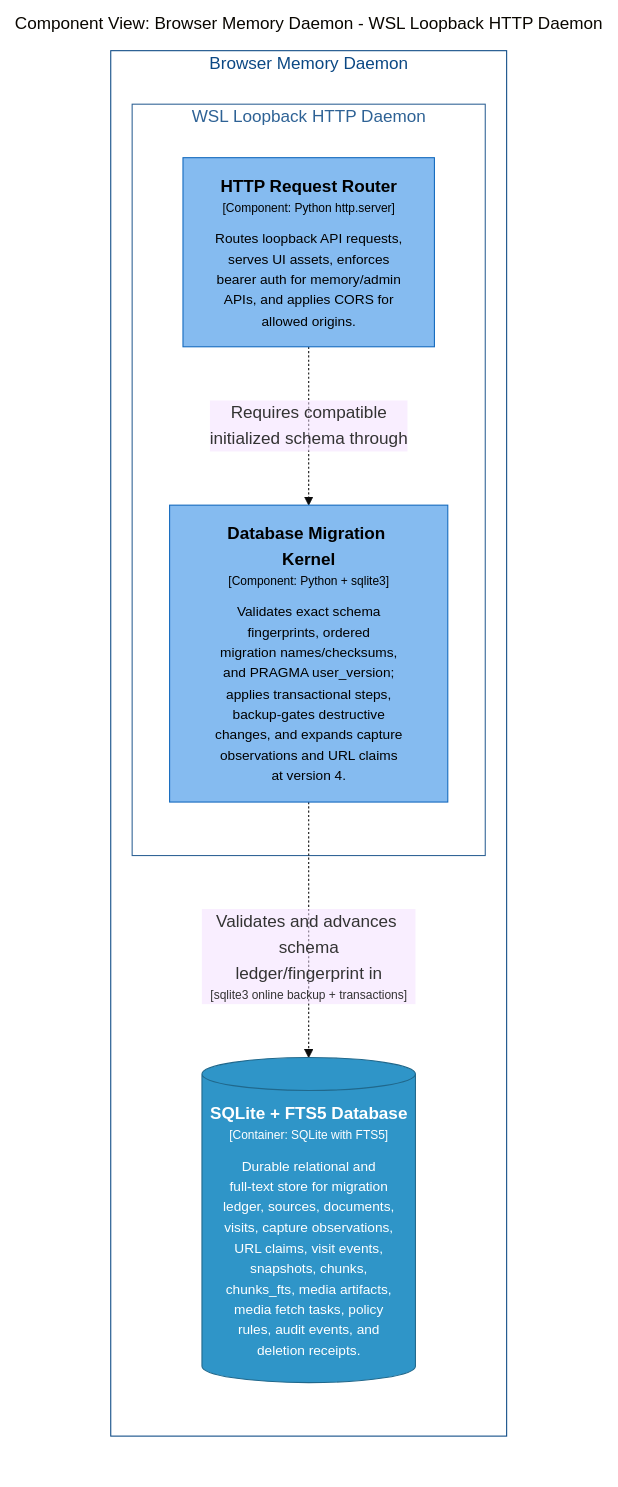
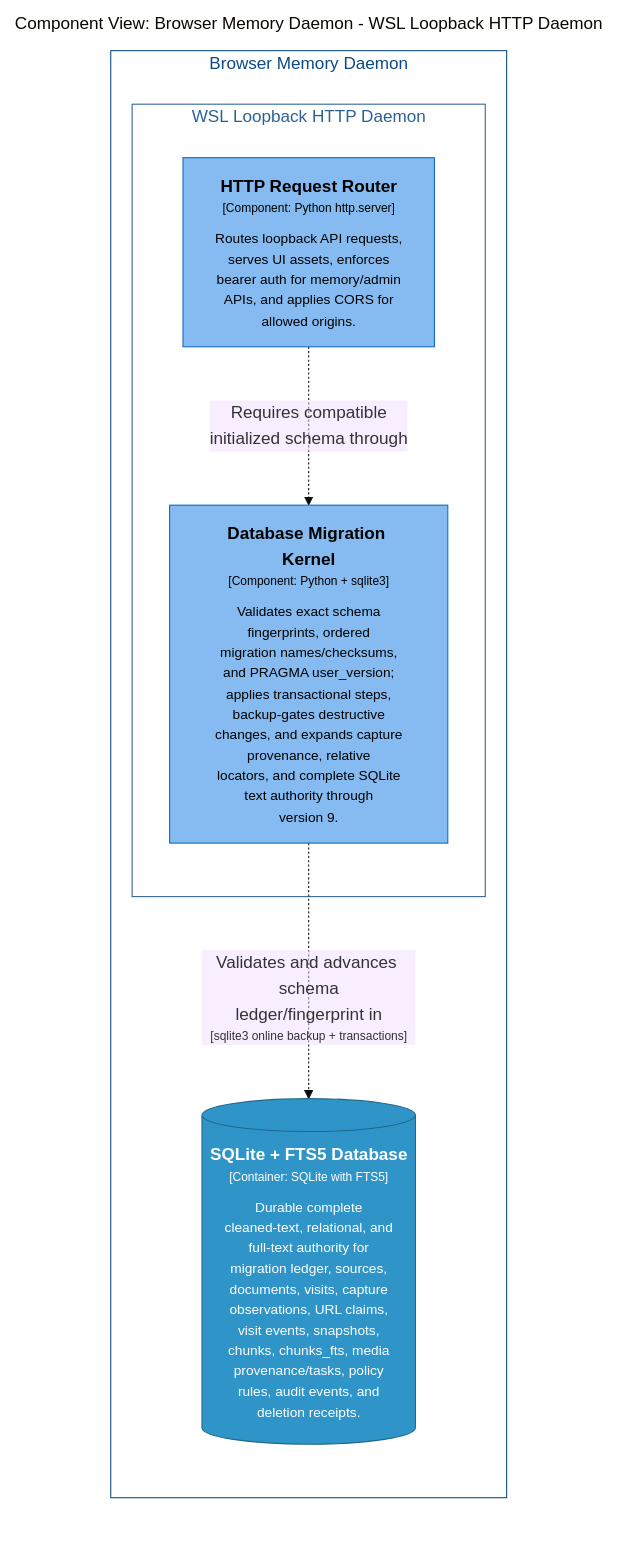
Before and after one commit to michaelnicks0/browser-memory-daemon: the diagram in docs/architecture/diagrams/markdown/DaemonMigrationComponents.md, drawn with Mermaid (base theme). The commit also changed 196 other files, not shown here.

Commit message:
feat(storage): make SQLite authoritative for snapshot text

````diff
--- a/docs/architecture/diagrams/markdown/DaemonMigrationComponents.md
+++ b/docs/architecture/diagrams/markdown/DaemonMigrationComponents.md
@@ -16,28 +16,28 @@
 ```mermaid
 graph LR
   linkStyle default fill:#ffffff
 
   subgraph diagram ["Component View: Browser Memory Daemon - WSL Loopback HTTP Daemon"]
     style diagram fill:#ffffff,stroke:#ffffff
 
     subgraph 4 ["Browser Memory Daemon"]
       style 4 fill:#ffffff,stroke:#0b4884,color:#0b4884
 
       subgraph 14 ["WSL Loopback HTTP Daemon"]
         style 14 fill:#ffffff,stroke:#2e6295,color:#2e6295
 
         15["<div style='font-weight: bold'>HTTP Request Router</div><div style='font-size: 70%; margin-top: 0px'>[Component: Python http.server]</div><div style='font-size: 80%; margin-top:10px'>Routes loopback API requests,<br />serves UI assets, enforces<br />bearer auth for memory/admin<br />APIs, and applies CORS for<br />allowed origins.</div>"]
         style 15 fill:#85bbf0,stroke:#1168bd,color:#000000
-        16["<div style='font-weight: bold'>Database Migration Kernel</div><div style='font-size: 70%; margin-top: 0px'>[Component: Python + sqlite3]</div><div style='font-size: 80%; margin-top:10px'>Validates exact schema<br />fingerprints, ordered<br />migration names/checksums,<br />and PRAGMA user_version;<br />applies transactional steps,<br />backup-gates destructive<br />changes, and expands capture<br />observations and URL claims<br />at version 4.</div>"]
+        16["<div style='font-weight: bold'>Database Migration Kernel</div><div style='font-size: 70%; margin-top: 0px'>[Component: Python + sqlite3]</div><div style='font-size: 80%; margin-top:10px'>Validates exact schema<br />fingerprints, ordered<br />migration names/checksums,<br />and PRAGMA user_version;<br />applies transactional steps,<br />backup-gates destructive<br />changes, and expands capture<br />provenance, relative<br />locators, and complete SQLite<br />text authority through<br />version 9.</div>"]
         style 16 fill:#85bbf0,stroke:#1168bd,color:#000000
       end
 
-      28[("<div style='font-weight: bold'>SQLite + FTS5 Database</div><div style='font-size: 70%; margin-top: 0px'>[Container: SQLite with FTS5]</div><div style='font-size: 80%; margin-top:10px'>Durable relational and<br />full-text store for migration<br />ledger, sources, documents,<br />visits, capture observations,<br />URL claims, visit events,<br />snapshots, chunks,<br />chunks_fts, media artifacts,<br />media fetch tasks, policy<br />rules, audit events, and<br />deletion receipts.</div>")]
-      style 28 fill:#2f95c8,stroke:#20688c,color:#ffffff
+      29[("<div style='font-weight: bold'>SQLite + FTS5 Database</div><div style='font-size: 70%; margin-top: 0px'>[Container: SQLite with FTS5]</div><div style='font-size: 80%; margin-top:10px'>Durable complete<br />cleaned-text, relational, and<br />full-text authority for<br />migration ledger, sources,<br />documents, visits, capture<br />observations, URL claims,<br />visit events, snapshots,<br />chunks, chunks_fts, media<br />provenance/tasks, policy<br />rules, audit events, and<br />deletion receipts.</div>")]
+      style 29 fill:#2f95c8,stroke:#20688c,color:#ffffff
     end
 
     15-. "<div>Requires compatible<br />initialized schema through</div><div style='font-size: 70%'></div>" .->16
-    16-. "<div>Validates and advances schema<br />ledger/fingerprint in</div><div style='font-size: 70%'>[sqlite3 online backup + transactions]</div>" .->28
+    16-. "<div>Validates and advances schema<br />ledger/fingerprint in</div><div style='font-size: 70%'>[sqlite3 online backup + transactions]</div>" .->29
 
   end
 ```
````
